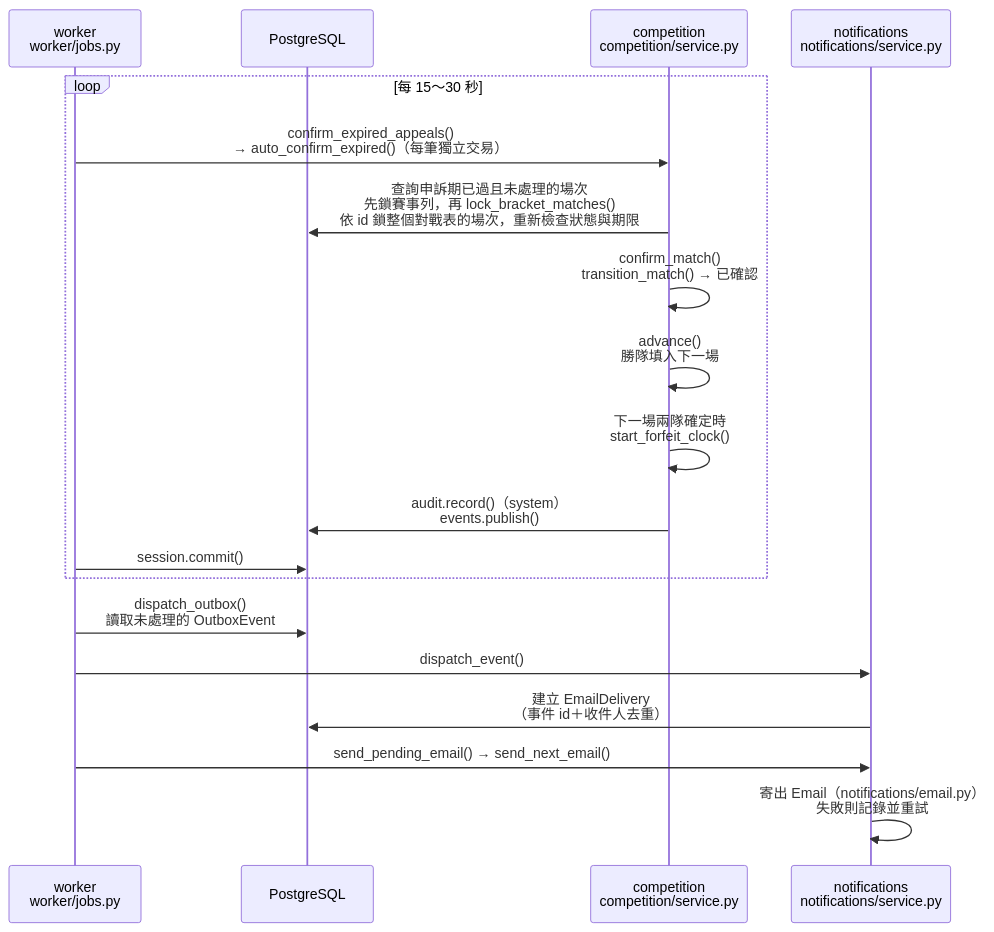
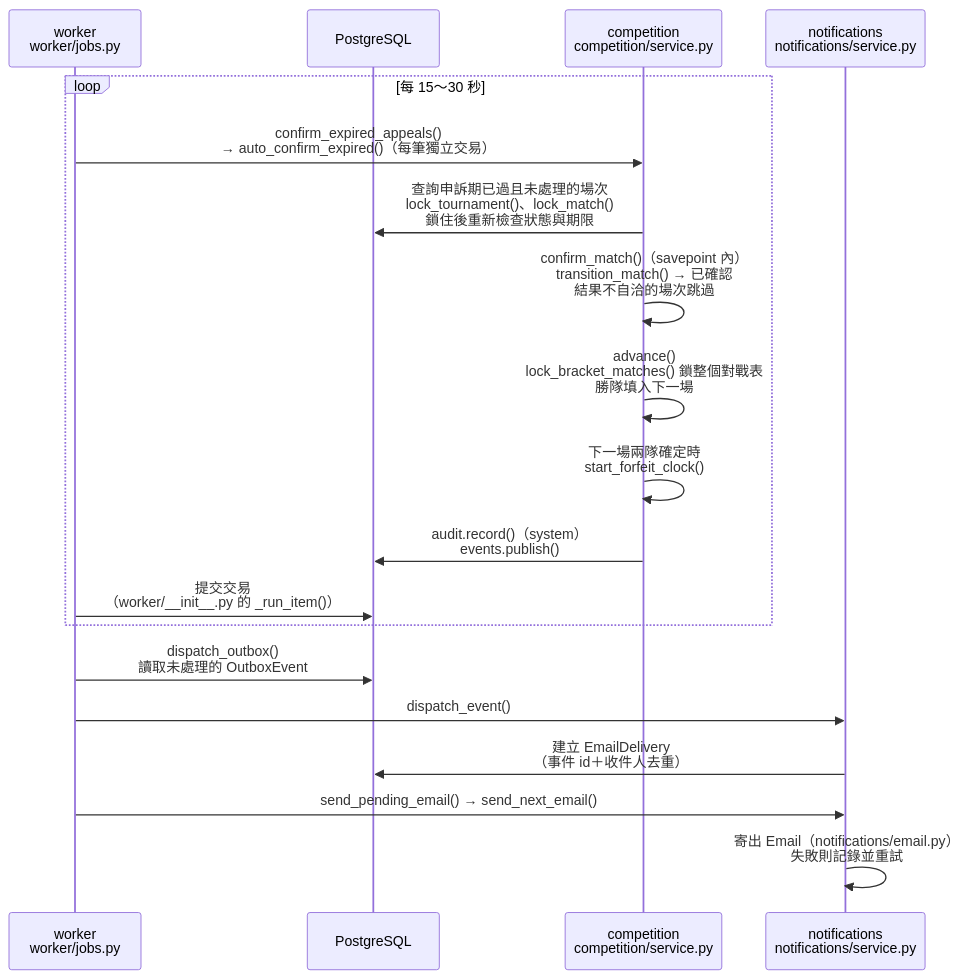
The fifth of 6 diagrams in docs/midterm/C-軟體設計文件.md (Team14good/esport-platform), drawn with Mermaid before and after one commit. The commit also changed other lines of this file and 23 other files, not shown here.

First line of the commit message:
docs: 依 PR #92 審查修正 B、C、D 的圖與程式標註

````diff
--- a/docs/midterm/C-軟體設計文件.md
+++ b/docs/midterm/C-軟體設計文件.md
@@ -258,21 +262,21 @@
 ```mermaid
 sequenceDiagram
   participant W as worker<br/>worker/jobs.py
   participant DB as PostgreSQL
   participant C as competition<br/>competition/service.py
   participant N as notifications<br/>notifications/service.py
   loop 每 15～30 秒
     W->>C: confirm_expired_appeals()<br/>→ auto_confirm_expired()（每筆獨立交易）
-    C->>DB: 查詢申訴期已過且未處理的場次<br/>先鎖賽事列，再 lock_bracket_matches()<br/>依 id 鎖整個對戰表的場次，重新檢查狀態與期限
-    C->>C: confirm_match()<br/>transition_match() → 已確認
-    C->>C: advance()<br/>勝隊填入下一場
+    C->>DB: 查詢申訴期已過且未處理的場次<br/>lock_tournament()、lock_match()<br/>鎖住後重新檢查狀態與期限
+    C->>C: confirm_match()（savepoint 內）<br/>transition_match() → 已確認<br/>結果不自洽的場次跳過
+    C->>C: advance()<br/>lock_bracket_matches() 鎖整個對戰表<br/>勝隊填入下一場
     C->>C: 下一場兩隊確定時<br/>start_forfeit_clock()
     C->>DB: audit.record()（system）<br/>events.publish()
-    W->>DB: session.commit()
+    W->>DB: 提交交易<br/>（worker/__init__.py 的 _run_item()）
   end
   W->>DB: dispatch_outbox()<br/>讀取未處理的 OutboxEvent
   W->>N: dispatch_event()
   N->>DB: 建立 EmailDelivery<br/>（事件 id＋收件人去重）
   W->>N: send_pending_email() → send_next_email()
   N->>N: 寄出 Email（notifications/email.py）<br/>失敗則記錄並重試
 ```
````
